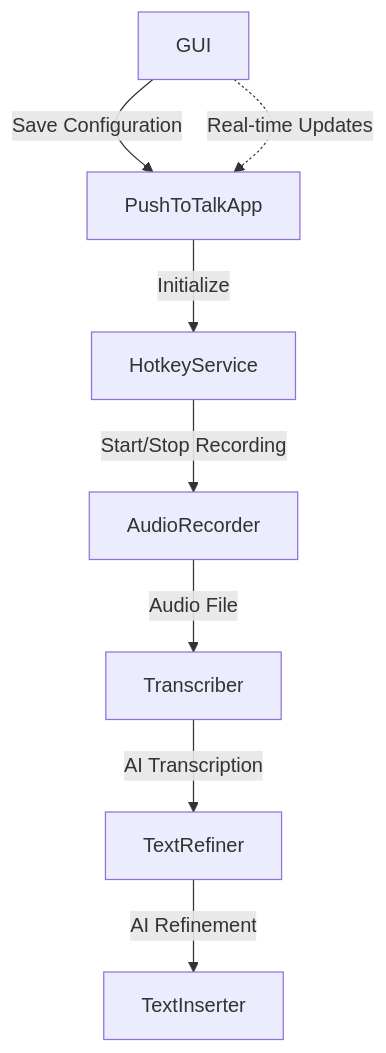
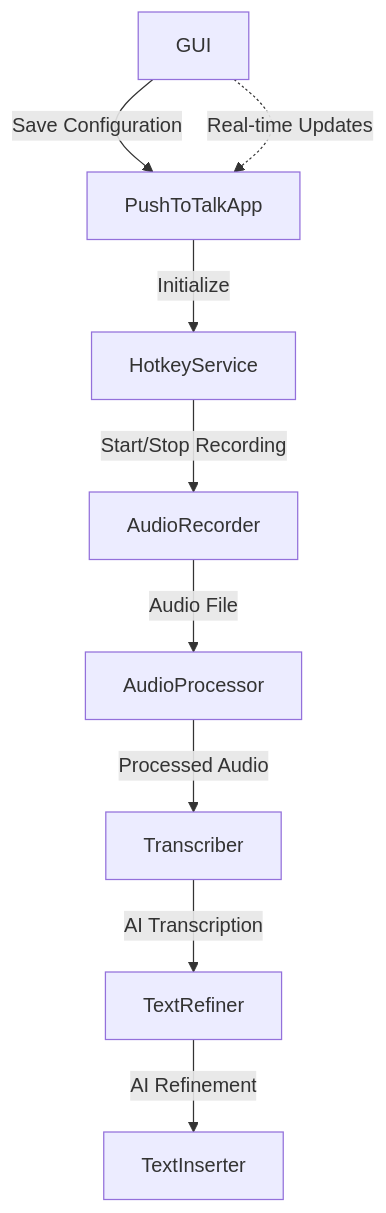
Before and after one commit to yixin0829/push-to-talk: the diagram in README.md, drawn with Mermaid. The commit also changed other lines of this file, not shown here.

````diff
--- a/README.md
+++ b/README.md
@@ -238,13 +267,14 @@
 ```mermaid
 flowchart TB
     %% GUI
     GUI -->|"Save Configuration"| PushToTalkApp
     GUI -.->|"Real-time Updates"| PushToTalkApp
 
     %% Main Flow
     PushToTalkApp -->|"Initialize"| HotkeyService
     HotkeyService -->|"Start/Stop Recording"| AudioRecorder
-    AudioRecorder -->|"Audio File"| Transcriber
+    AudioRecorder -->|"Audio File"| AudioProcessor
+    AudioProcessor -->|"Processed Audio"| Transcriber
     Transcriber -->|"AI Transcription"| TextRefiner
     TextRefiner -->|"AI Refinement"| TextInserter
 ```
````
